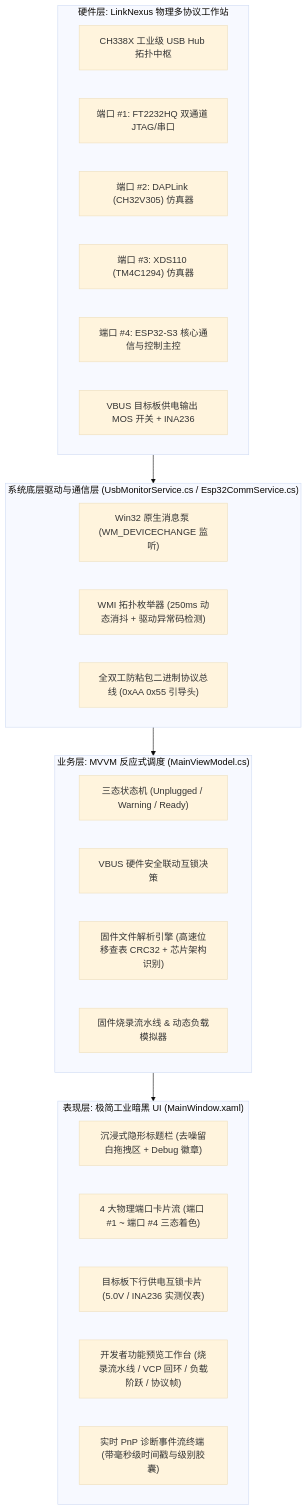
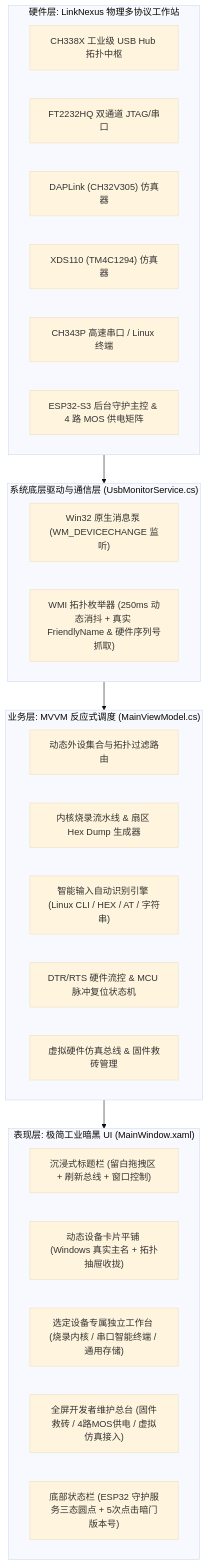
One commit to WeiXIngJIaHe/LinkNexus changed the diagram in README.md. Above: the diagram before and after it, drawn with Mermaid (base theme). The commit also changed other lines of this file and 6 other files, not shown here.

````diff
--- a/README.md
+++ b/README.md
@@ -34,36 +42,36 @@
 ```mermaid
 flowchart TD
     subgraph UI["表现层: 极简工业暗黑 UI (MainWindow.xaml)"]
-        TitleBar["沉浸式隐形标题栏 (去噪留白拖拽区 + Debug 徽章)"]
-        PortCards["4 大物理端口卡片流 (端口 #1 ~ 端口 #4 三态着色)"]
-        VbusControl["目标板下行供电互锁卡片 (5.0V / INA236 实测仪表)"]
-        DebugWorkbench["开发者功能预览工作台 (烧录流水线 / VCP 回环 / 负载阶跃 / 协议帧)"]
-        PnpTerminal["实时 PnP 诊断事件流终端 (带毫秒级时间戳与级别胶囊)"]
+        TitleBar["沉浸式标题栏 (留白拖拽区 + 刷新总线 + 窗口控制)"]
+        PortCards["动态设备卡片平铺 (Windows 真实主名 + 拓扑抽屉收拢)"]
+        Workspaces["选定设备专属独立工作台 (烧录内核 / 串口智能终端 / 通用存储)"]
+        DebugCenter["全屏开发者维护总台 (固件救砖 / 4路MOS供电 / 虚拟仿真接入)"]
+        DaemonBar["底部状态栏 (ESP32 守护服务三态圆点 + 5次点击暗门版本号)"]
     end
 
     subgraph ViewModel["业务层: MVVM 反应式调度 (MainViewModel.cs)"]
-        StateEngine["三态状态机 (Unplugged / Warning / Ready)"]
-        InterlockLogic["VBUS 硬件安全联动互锁决策"]
-        FileAnalyzer["固件文件解析引擎 (高速位移查表 CRC32 + 芯片架构识别)"]
-        PipelineSim["固件烧录流水线 & 动态负载模拟器"]
+        DeviceManager["动态外设集合与拓扑过滤路由"]
+        BurnerEngine["内核烧录流水线 & 扇区 Hex Dump 生成器"]
+        SmartInputEngine["智能输入自动识别引擎 (Linux CLI / HEX / AT / 字符串)"]
+        HardwarePinManager["DTR/RTS 硬件流控 & MCU 脉冲复位状态机"]
+        DebugSimulationHub["虚拟硬件仿真总线 & 固件救砖管理"]
     end
 
-    subgraph Service["系统底层驱动与通信层 (UsbMonitorService.cs / Esp32CommService.cs)"]
+    subgraph Service["系统底层驱动与通信层 (UsbMonitorService.cs)"]
         WndProcHook["Win32 原生消息泵 (WM_DEVICECHANGE 监听)"]
-        WmiEngine["WMI 拓扑枚举器 (250ms 动态消抖 + 驱动异常码检测)"]
-        BinaryProtocol["全双工防粘包二进制协议总线 (0xAA 0x55 引导头)"]
+        WmiEngine["WMI 拓扑枚举器 (250ms 动态消抖 + 真实 FriendlyName & 硬件序列号抓取)"]
     end
 
     subgraph Hardware["硬件层: LinkNexus 物理多协议工作站"]
         Hub["CH338X 工业级 USB Hub 拓扑中枢"]
-        P1["端口 #1: FT2232HQ 双通道 JTAG/串口"]
-        P2["端口 #2: DAPLink (CH32V305) 仿真器"]
-        P3["端口 #3: XDS110 (TM4C1294) 仿真器"]
-        P4["端口 #4: ESP32-S3 核心通信与控制主控"]
-        PowerMOS["VBUS 目标板供电输出 MOS 开关 + INA236"]
+        P1["FT2232HQ 双通道 JTAG/串口"]
+        P2["DAPLink (CH32V305) 仿真器"]
+        P3["XDS110 (TM4C1294) 仿真器"]
+        P4["CH343P 高速串口 / Linux 终端"]
+        P5["ESP32-S3 后台守护主控 & 4 路 MOS 供电矩阵"]
     end
 
     Hardware --> Service
     Service --> ViewModel
     ViewModel --> UI
 ```
````
